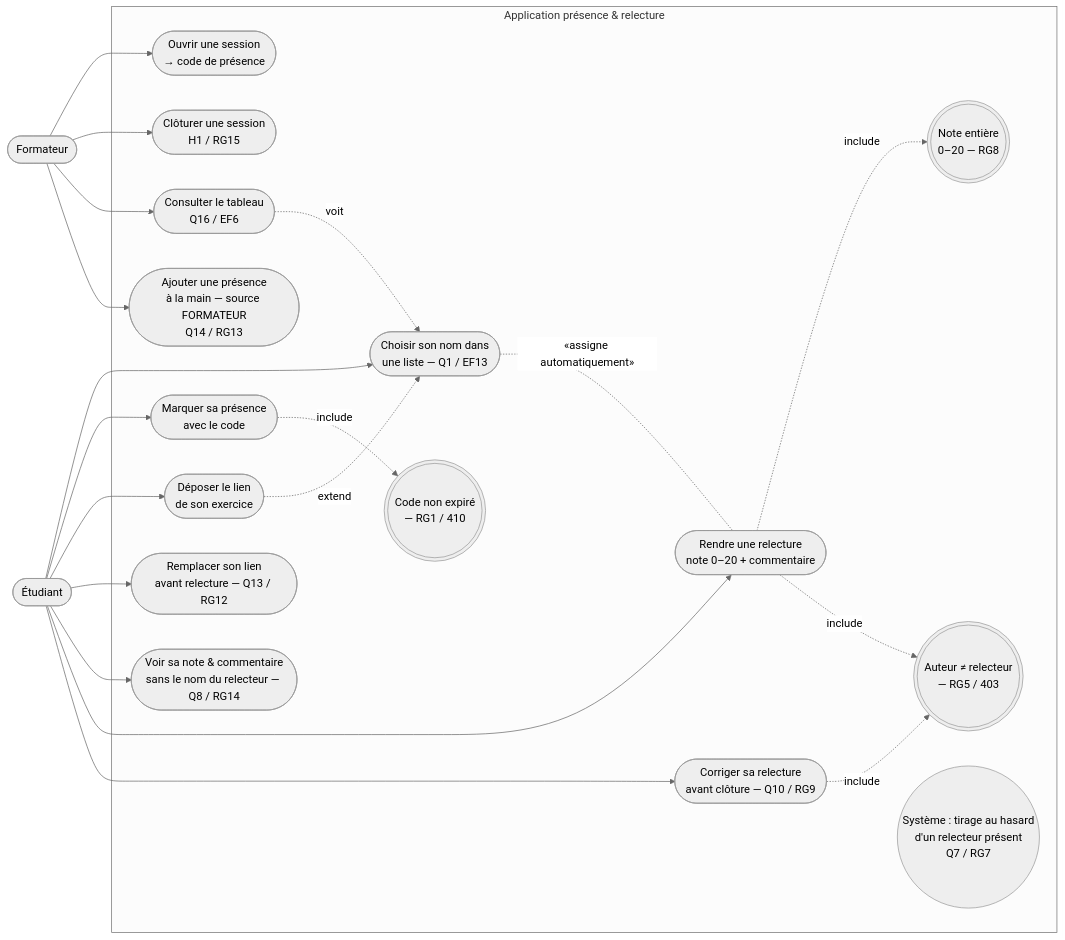
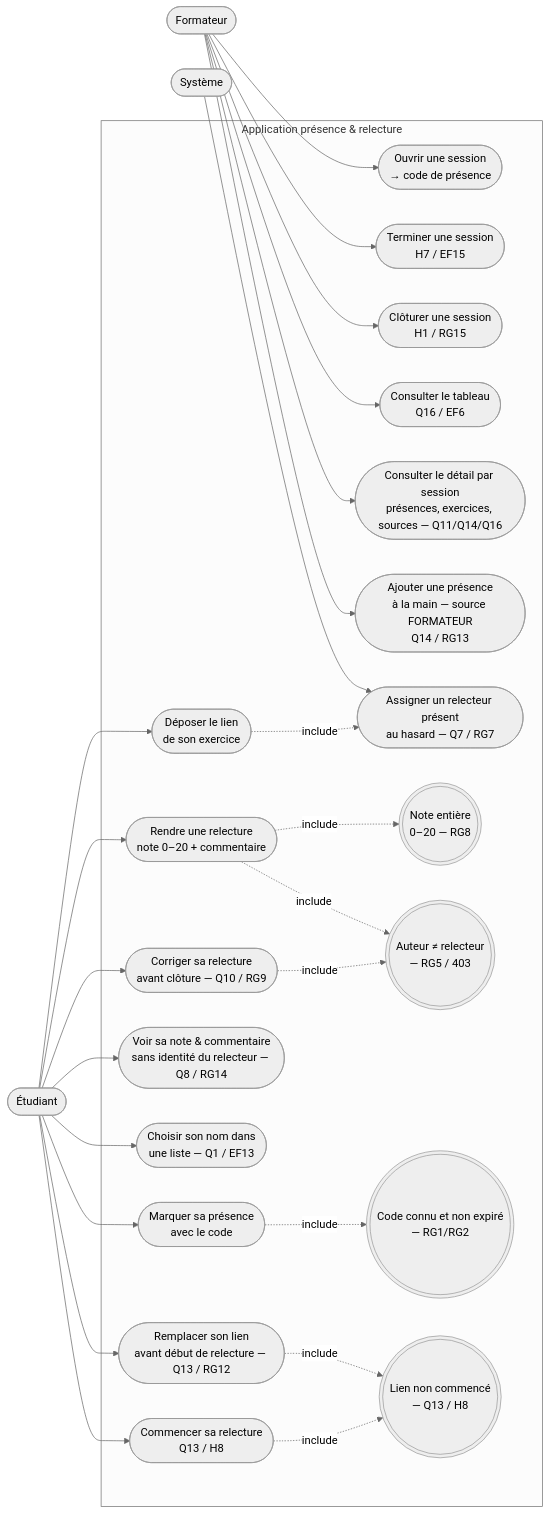
The diagram in docs/diagrammes/D1-cas-utilisation.md (suner-dev/kfokam48-epreuve-221), drawn with Mermaid (neutral theme) before and after one commit. The commit also changed other lines of this file and 6 other files, not shown here.

Commit message:
[ANALYSE] revue v1.1 (suite): backlog 16 tickets et diagrammes D1-D4 alignes (fin/cloture, debut relecture, etats verrouilles, H7-H10)

````diff
--- a/docs/diagrammes/D1-cas-utilisation.md
+++ b/docs/diagrammes/D1-cas-utilisation.md
@@ -7,46 +7,54 @@
 ```mermaid
 flowchart LR
     FORMATEUR([Formateur])
     ETUDIANT([Étudiant])
+    SYSTEME([Système])
 
     subgraph App["Application présence & relecture"]
         UC1([Ouvrir une session<br/>→ code de présence])
+        UCFIN([Terminer une session<br/>H7 / EF15])
         UCCLOT([Clôturer une session<br/>H1 / RG15])
         UCTAB([Consulter le tableau<br/>Q16 / EF6])
+        UCDETAIL([Consulter le détail par session<br/>présences, exercices, sources — Q11/Q14/Q16])
         UCPRES([Marquer sa présence<br/>avec le code])
         UCADD([Ajouter une présence<br/>à la main — source FORMATEUR<br/>Q14 / RG13])
         UCDEP([Déposer le lien<br/>de son exercice])
-        UCREP([Remplacer son lien<br/>avant relecture — Q13 / RG12])
-        UCVOIR([Voir sa note & commentaire<br/>sans le nom du relecteur — Q8 / RG14])
+        UCREP([Remplacer son lien<br/>avant début de relecture — Q13 / RG12])
+        UCVOIR([Voir sa note & commentaire<br/>sans identité du relecteur — Q8 / RG14])
         UCLISTE([Choisir son nom dans<br/>une liste — Q1 / EF13])
+        UCSTART([Commencer sa relecture<br/>Q13 / H8])
         UCREL([Rendre une relecture<br/>note 0–20 + commentaire])
         UCCORR([Corriger sa relecture<br/>avant clôture — Q10 / RG9])
 
+        UCASSIGN([Assigner un relecteur présent<br/>au hasard — Q7 / RG7])
         UCNOTE(((Note entière<br/>0–20 — RG8)))
         UCAUTE(((Auteur ≠ relecteur<br/>— RG5 / 403)))
-        UCEXPI(((Code non expiré<br/>— RG1 / 410)))
-        UCLIST((Système : tirage au hasard<br/>d'un relecteur présent<br/>Q7 / RG7))
+        UCEXPI(((Code connu et non expiré<br/>— RG1/RG2)))
+        UCNOSTART(((Lien non commencé<br/>— Q13 / H8)))
     end
 
     FORMATEUR --> UC1
+    FORMATEUR --> UCFIN
     FORMATEUR --> UCCLOT
     FORMATEUR --> UCTAB
+    FORMATEUR --> UCDETAIL
     FORMATEUR --> UCADD
 
     ETUDIANT --> UCLISTE
     ETUDIANT --> UCPRES
     ETUDIANT --> UCDEP
     ETUDIANT --> UCREP
     ETUDIANT --> UCVOIR
+    ETUDIANT --> UCSTART
     ETUDIANT --> UCREL
     ETUDIANT --> UCCORR
 
+    SYSTEME --> UCASSIGN
+    UCDEP -.include.-> UCASSIGN
     UCPRES -.include.-> UCEXPI
-    UCDEP -.extend.-> UCLISTE
-    UCLISTE -.«assigne automatiquement».-  UCREL
+    UCREP -.include.-> UCNOSTART
+    UCSTART -.include.-> UCNOSTART
     UCREL -.include.-> UCNOTE
     UCREL -.include.-> UCAUTE
     UCCORR -.include.-> UCAUTE
-
-    UCTAB -.voit.-> UCLISTE
 ```
````
